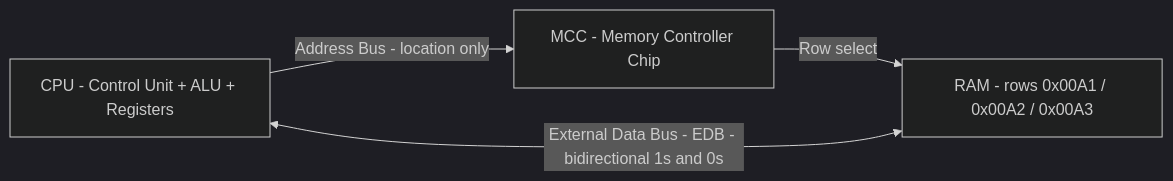
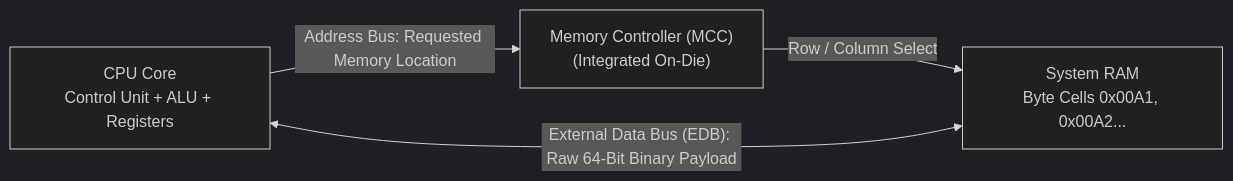
The first of 3 diagrams in content/docs/computer-basics/it-support/07-cpu-architecture-and-overclocking.mdx (1345AbhishekKumar/cs-cookbook), drawn with Mermaid (dark theme) before and after one commit. The commit also changed other lines of this file and 299 other files, not shown here.

````diff
--- a/content/docs/computer-basics/it-support/07-cpu-architecture-and-overclocking.mdx
+++ b/content/docs/computer-basics/it-support/07-cpu-architecture-and-overclocking.mdx
@@ -96,6 +159,6 @@
 ```mermaid
 flowchart LR
-  CPU["CPU - Control Unit + ALU + Registers"] -->|Address Bus - location only| MCC["MCC - Memory Controller Chip"]
-  MCC -->|Row select| RAM["RAM - rows 0x00A1 / 0x00A2 / 0x00A3"]
-  RAM <-->|External Data Bus - EDB - bidirectional 1s and 0s| CPU
+  CPU["CPU Core<br/>Control Unit + ALU + Registers"] -->|"Address Bus: Requested Memory Location"| MCC["Memory Controller (MCC)<br/>(Integrated On-Die)"]
+  MCC -->|"Row / Column Select"| RAM["System RAM<br/>Byte Cells 0x00A1, 0x00A2..."]
+  RAM <-->|"External Data Bus (EDB): Raw 64-Bit Binary Payload"| CPU
 ```
````
